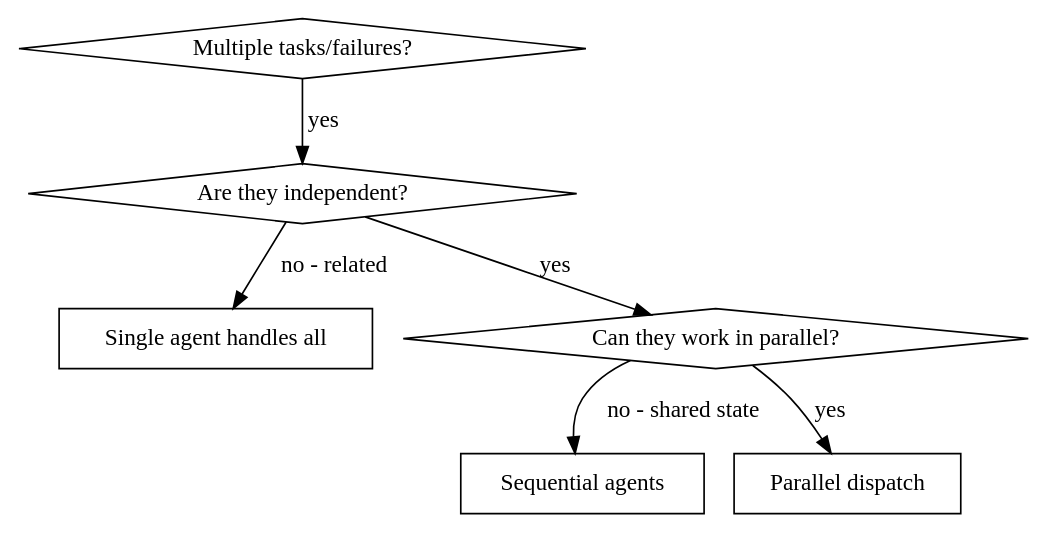
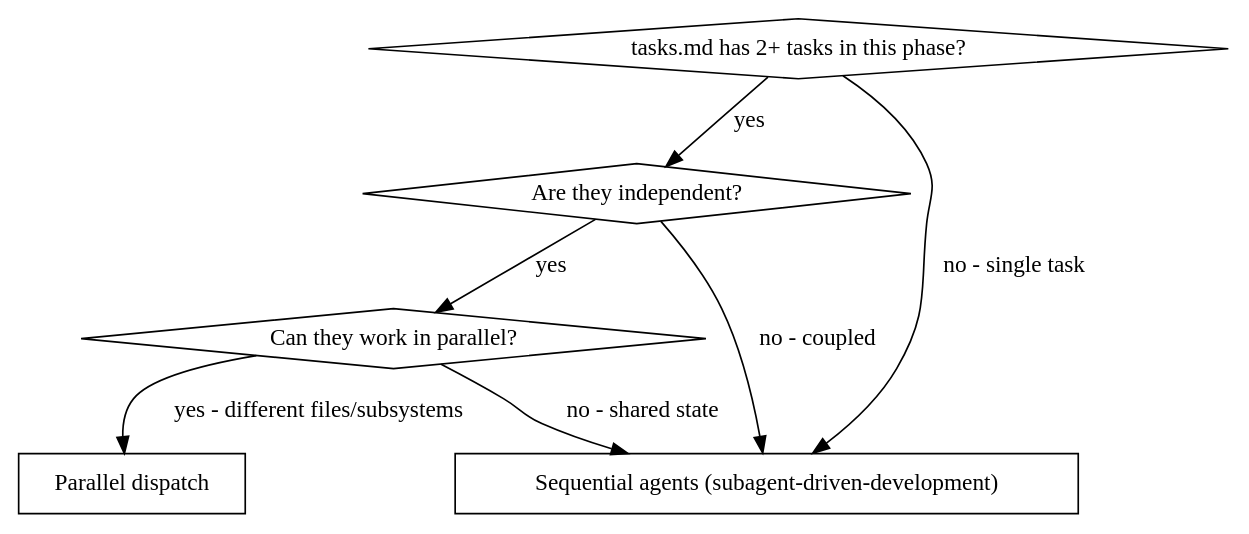
One commit to hllj/sdd-superpowers changed the diagram in skills/dispatching-parallel-agents/SKILL.md. Above: the diagram before and after it, drawn with Graphviz. The commit also changed other lines of this file and 19 other files, not shown here.

````diff
--- a/skills/dispatching-parallel-agents/SKILL.md
+++ b/skills/dispatching-parallel-agents/SKILL.md
@@ -14,16 +20,17 @@
 ```dot
 digraph when_to_use {
-    "Multiple tasks/failures?" [shape=diamond];
+    "tasks.md has 2+ tasks in this phase?" [shape=diamond];
     "Are they independent?" [shape=diamond];
-    "Single agent handles all" [shape=box];
+    "Sequential agents (subagent-driven-development)" [shape=box];
     "Can they work in parallel?" [shape=diamond];
-    "Sequential agents" [shape=box];
+    "Sequential agents (subagent-driven-development)" [shape=box];
     "Parallel dispatch" [shape=box];
 
-    "Multiple tasks/failures?" -> "Are they independent?" [label="yes"];
-    "Are they independent?" -> "Single agent handles all" [label="no - related"];
+    "tasks.md has 2+ tasks in this phase?" -> "Are they independent?" [label="yes"];
+    "tasks.md has 2+ tasks in this phase?" -> "Sequential agents (subagent-driven-development)" [label="no - single task"];
+    "Are they independent?" -> "Sequential agents (subagent-driven-development)" [label="no - coupled"];
     "Are they independent?" -> "Can they work in parallel?" [label="yes"];
-    "Can they work in parallel?" -> "Parallel dispatch" [label="yes"];
-    "Can they work in parallel?" -> "Sequential agents" [label="no - shared state"];
+    "Can they work in parallel?" -> "Parallel dispatch" [label="yes - different files/subsystems"];
+    "Can they work in parallel?" -> "Sequential agents (subagent-driven-development)" [label="no - shared state"];
 }
 ```
````
